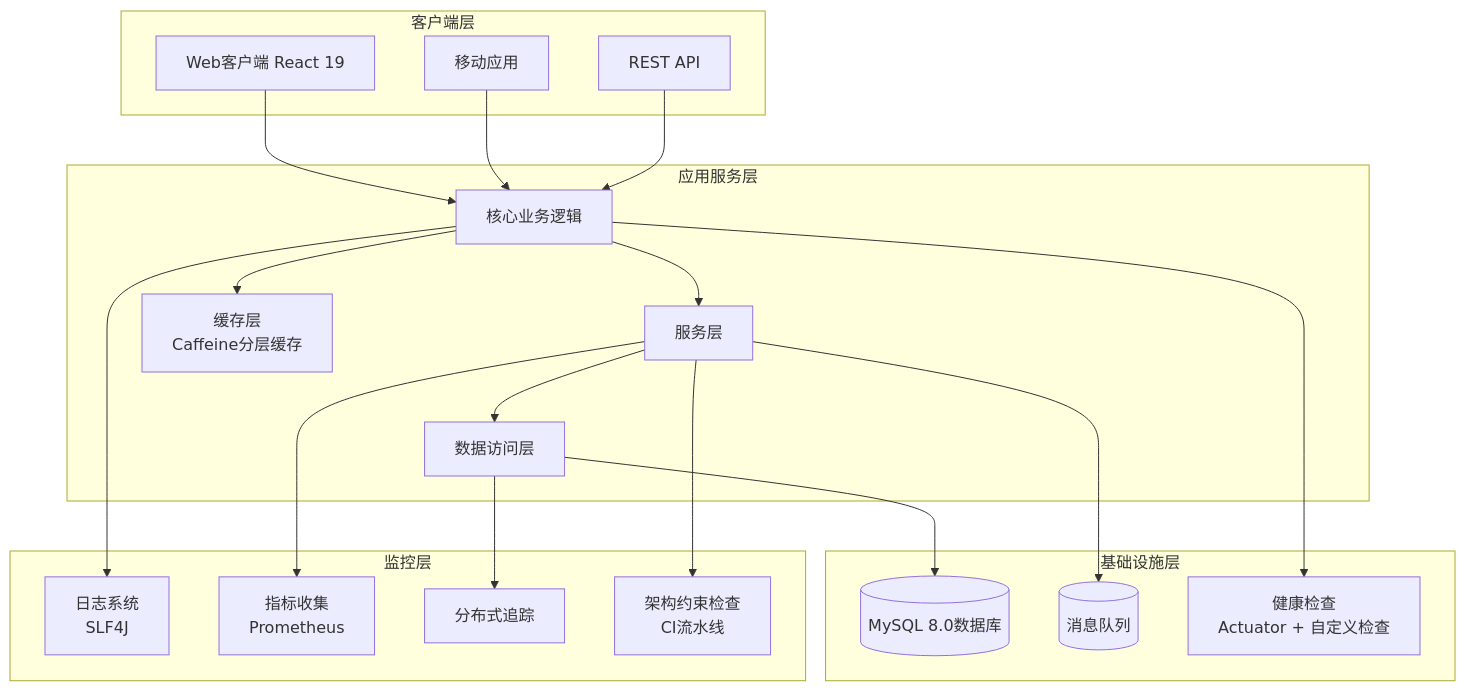
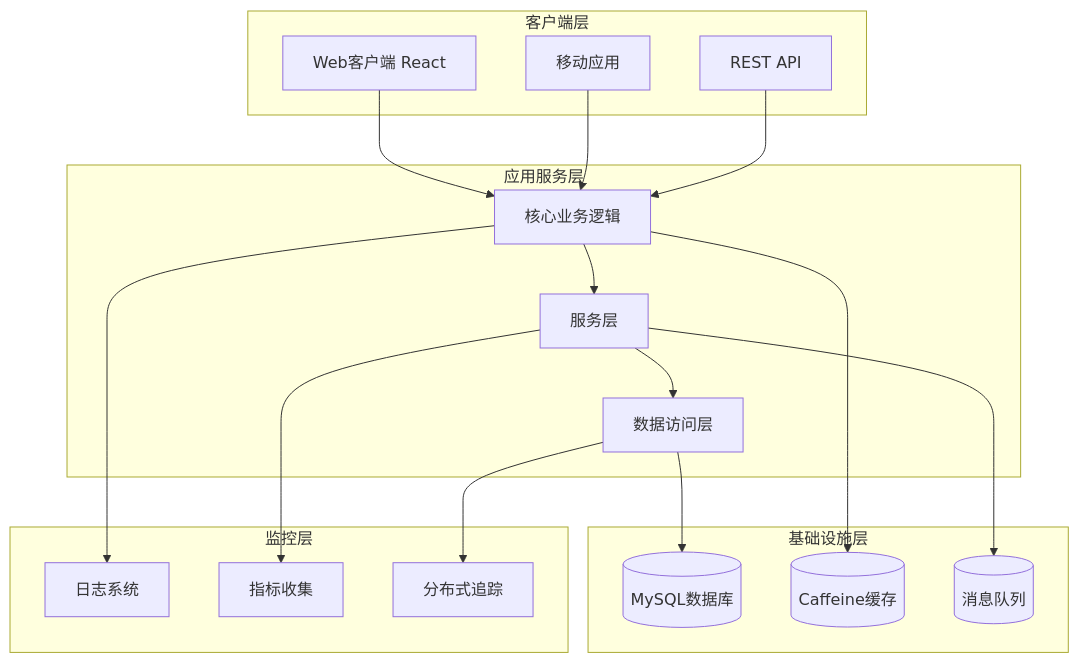
The third of 6 diagrams in .qoder/repowiki/zh/content/部署指南.md (gree-coder/fund-butler), drawn with Mermaid before and after one commit. The commit also changed other lines of this file and 21 other files, not shown here.

````diff
--- a/.qoder/repowiki/zh/content/部署指南.md
+++ b/.qoder/repowiki/zh/content/部署指南.md
@@ -201,38 +148,34 @@
 ```mermaid
 graph TB
 subgraph "客户端层"
-Web[Web客户端 React 19]
+Web[Web客户端 React]
 Mobile[移动应用]
 API[REST API]
 end
 subgraph "应用服务层"
 Core[核心业务逻辑]
 Service[服务层]
 Repository[数据访问层]
-Cache[缓存层<br/>Caffeine分层缓存]
 end
 subgraph "基础设施层"
-DB[(MySQL 8.0数据库)]
+DB[(MySQL数据库)]
+Cache[(Caffeine缓存)]
 MQ[(消息队列)]
-Health[健康检查<br/>Actuator + 自定义检查]
 end
 subgraph "监控层"
-Logs[日志系统<br/>SLF4J]
-Metrics[指标收集<br/>Prometheus]
+Logs[日志系统]
+Metrics[指标收集]
 Tracing[分布式追踪]
-Checks[架构约束检查<br/>CI流水线]
 end
 Web --> Core
 Mobile --> Core
 API --> Core
 Core --> Service
 Service --> Repository
 Repository --> DB
 Core --> Cache
 Service --> MQ
 Core --> Logs
 Service --> Metrics
 Repository --> Tracing
-Core --> Health
-Service --> Checks
 ```
````
